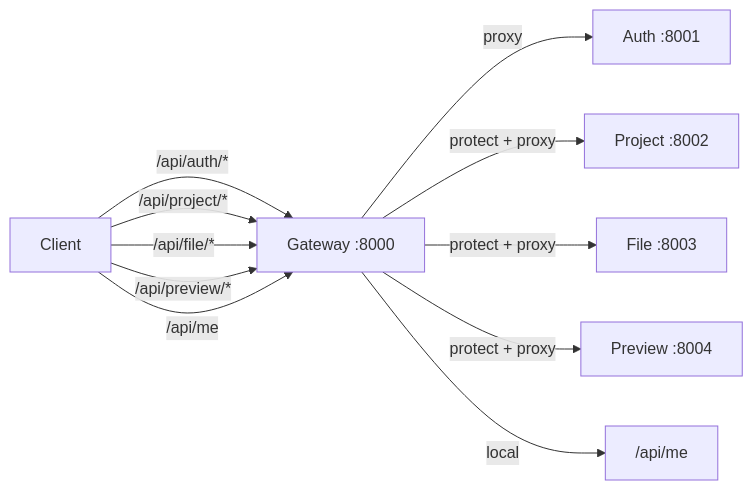
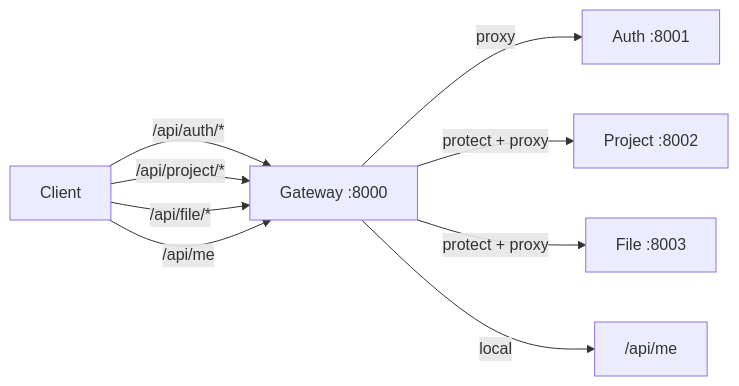
Before and after one commit to yamanhassan1/NexPulse: the diagram in docs/backend/api-reference.md, drawn with Mermaid. The commit also changed other lines of this file and 57 other files, not shown here.

````diff
--- a/docs/backend/api-reference.md
+++ b/docs/backend/api-reference.md
@@ -14,13 +14,11 @@
 ```mermaid
 flowchart LR
     C["Client"] -->|"/api/auth/*"| G["Gateway :8000"]
     C -->|"/api/project/*"| G
     C -->|"/api/file/*"| G
-    C -->|"/api/preview/*"| G
     C -->|"/api/me"| G
     G -->|"proxy"| A["Auth :8001"]
     G -->|"protect + proxy"| P["Project :8002"]
     G -->|"protect + proxy"| F["File :8003"]
-    G -->|"protect + proxy"| V["Preview :8004"]
     G -->|"local"| M["/api/me"]
 ```
````
